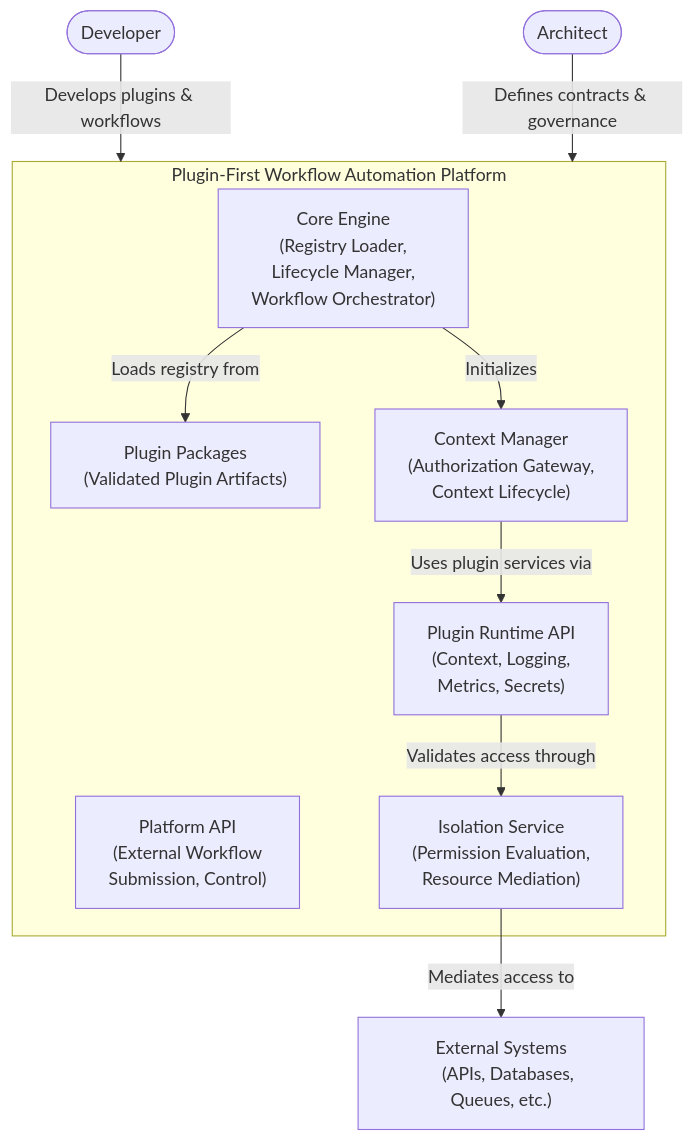
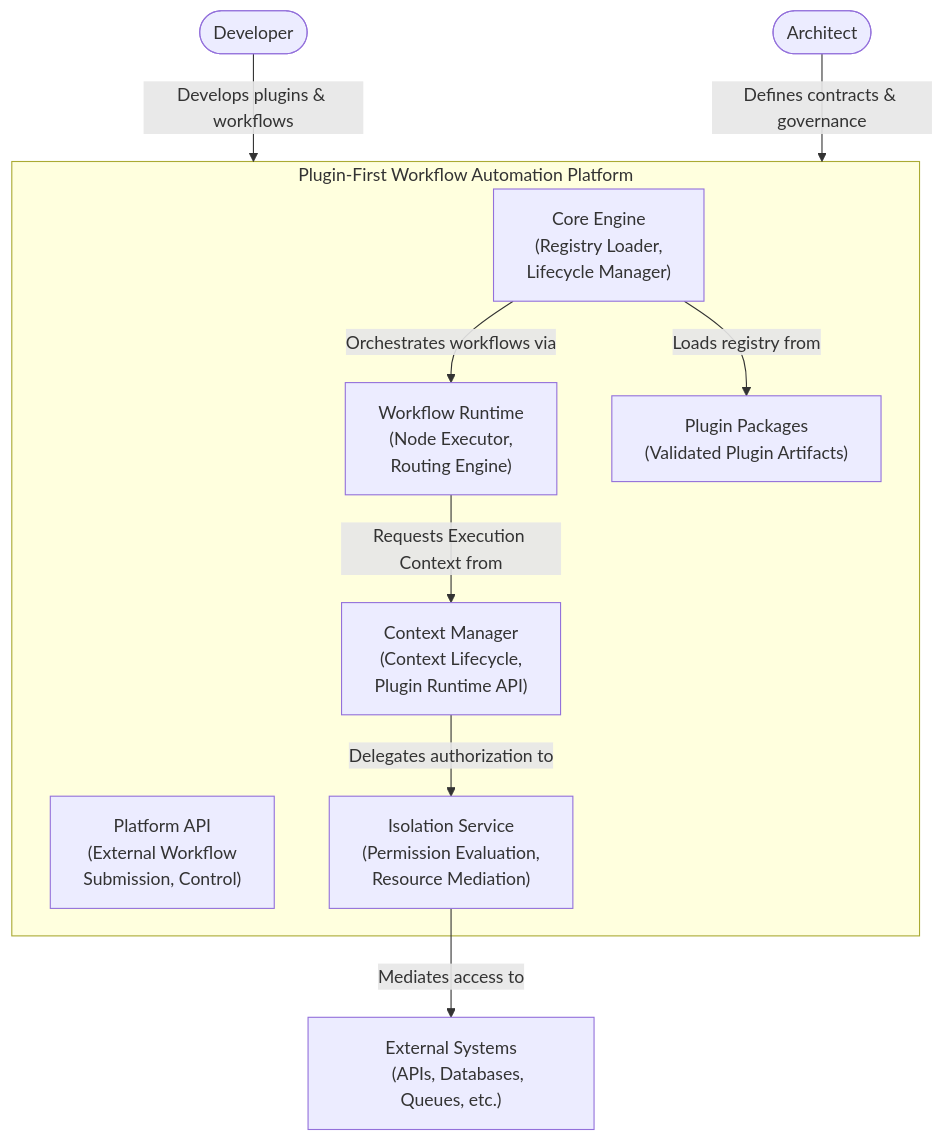
Before and after one commit to camercadop/agentic-workflow-automation-platform: the diagram in docs/architecture/c4/level-1-container.md, drawn with Mermaid.

Commit message:
docs: update C4 model container diagram for clarity and accuracy in component roles

````diff
--- a/docs/architecture/c4/level-1-container.md
+++ b/docs/architecture/c4/level-1-container.md
@@ -3,47 +3,46 @@
 ```mermaid
 flowchart TD
 
     Dev([Developer])
     Arch([Architect])
 
     subgraph PFA["Plugin-First Workflow Automation Platform"]
 
         CE["Core Engine
         (Registry Loader,
-        Lifecycle Manager,
-        Workflow Orchestrator)"]
+        Lifecycle Manager)"]
+
+        WR["Workflow Runtime
+        (Node Executor,
+        Routing Engine)"]
 
         PP["Plugin Packages
         (Validated Plugin Artifacts)"]
 
         CM["Context Manager
-        (Authorization Gateway,
-        Context Lifecycle)"]
-
-        RA["Plugin Runtime API
-        (Context, Logging,
-        Metrics, Secrets)"]
+        (Context Lifecycle,
+        Plugin Runtime API)"]
 
         PS["Platform API
         (External Workflow
         Submission, Control)"]
 
         IS["Isolation Service
         (Permission Evaluation,
         Resource Mediation)"]
 
     end
 
     EXT["External Systems
     (APIs, Databases, Queues, etc.)"]
 
     Dev -->|Develops plugins & workflows| PFA
     Arch -->|Defines contracts & governance| PFA
 
     CE -->|Loads registry from| PP
-    CE -->|Initializes| CM
+    CE -->|Orchestrates workflows via| WR
 
-    CM -->|Uses plugin services via| RA
-    RA -->|Validates access through| IS
+    WR -->|Requests Execution Context from| CM
+    CM -->|Delegates authorization to| IS
     IS -->|Mediates access to| EXT
 ```
````
